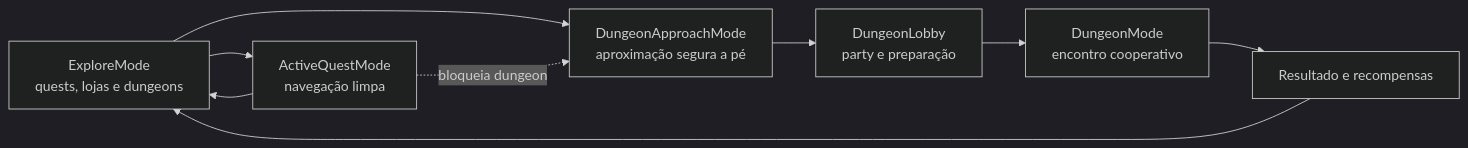
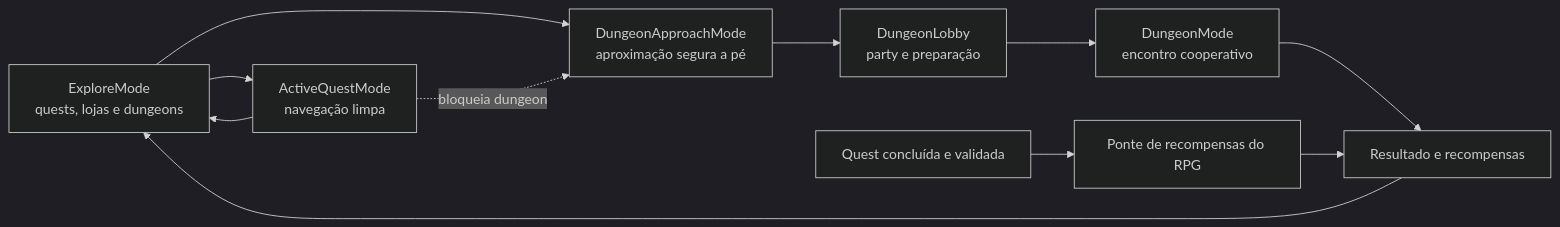
The diagram in docs/architecture/location-rpg.md (Spinon/minimapa), drawn with Mermaid (dark theme) before and after one commit. The commit also changed other lines of this file and 1 other file, not shown here.

Commit message:
docs: make quest rewards feed RPG one way

````diff
--- a/docs/architecture/location-rpg.md
+++ b/docs/architecture/location-rpg.md
@@ -20,11 +21,13 @@
 ```mermaid
 flowchart LR
     E["ExploreMode<br/>quests, lojas e dungeons"] --> A["DungeonApproachMode<br/>aproximação segura a pé"]
     A --> L["DungeonLobby<br/>party e preparação"]
     L --> D["DungeonMode<br/>encontro cooperativo"]
     D --> R["Resultado e recompensas"]
     R --> E
+    C["Quest concluída e validada"] --> G["Ponte de recompensas do RPG"]
+    G --> R
     E --> Q["ActiveQuestMode<br/>navegação limpa"]
     Q --> E
     Q -. "bloqueia dungeon" .-> A
 ```
````
